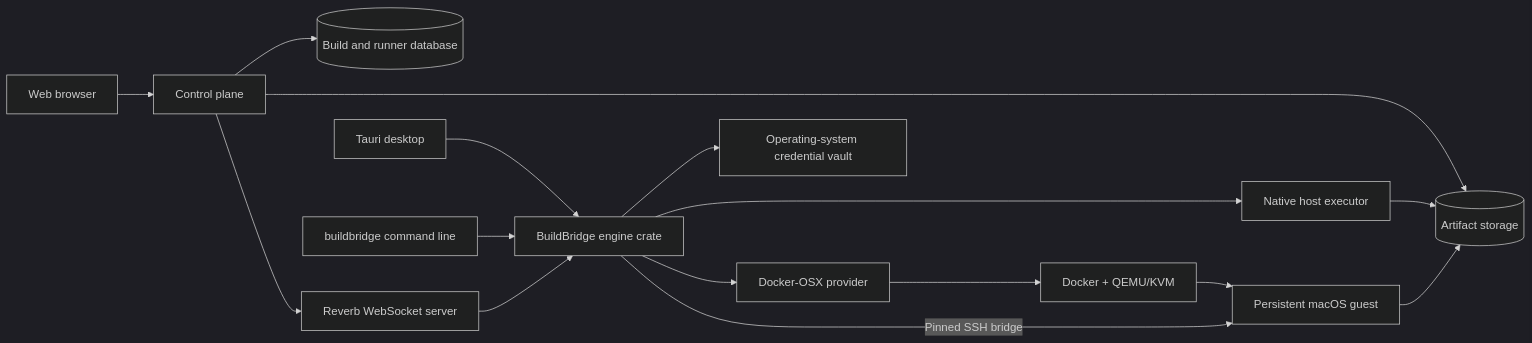
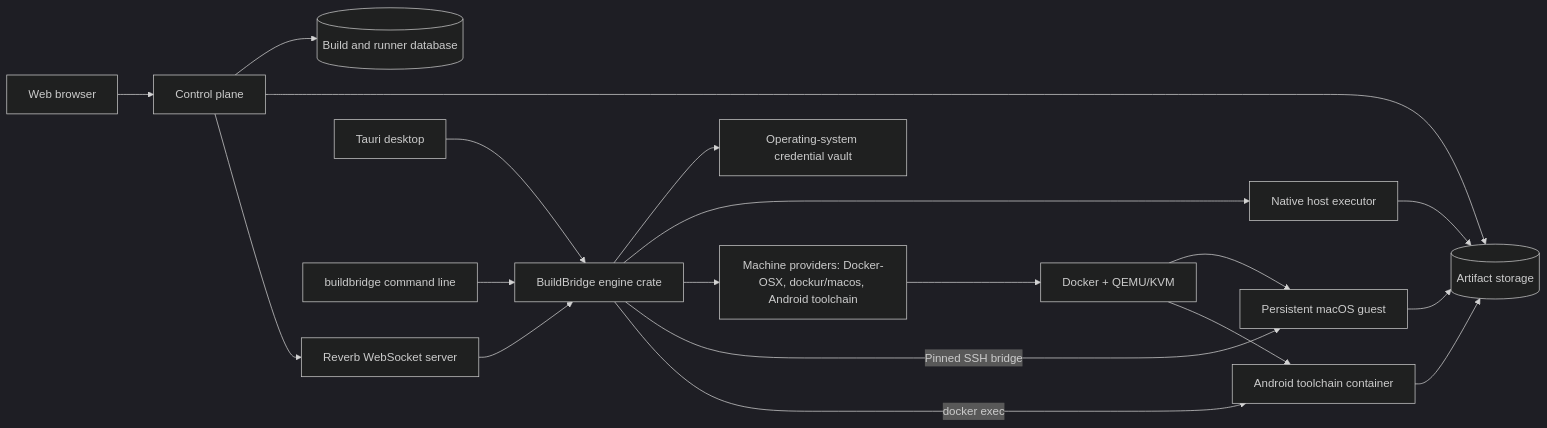
The diagram in docs/PRODUCT_AND_ARCHITECTURE.md (stackrats/buildbridge), drawn with Mermaid (dark theme) before and after one commit. The commit also changed other lines of this file and 227 other files, not shown here.

````diff
--- a/docs/PRODUCT_AND_ARCHITECTURE.md
+++ b/docs/PRODUCT_AND_ARCHITECTURE.md
@@ -78,18 +85,21 @@
 ```mermaid
 flowchart LR
     Browser[Web browser] --> Control[Control plane]
     Control --> Database[(Build and runner database)]
     Control --> Artifacts[(Artifact storage)]
     Control --> Reverb[Reverb WebSocket server]
     Reverb --> Engine[BuildBridge engine crate]
     Desktop[Tauri desktop] --> Engine
     CLI[buildbridge command line] --> Engine
     Engine --> Vault[Operating-system credential vault]
     Engine --> Native[Native host executor]
-    Engine --> Provider[Docker-OSX provider]
+    Engine --> Provider[Machine providers: Docker-OSX, dockur/macos, Android toolchain]
     Provider --> Docker[Docker + QEMU/KVM]
     Docker --> Guest[Persistent macOS guest]
+    Docker --> Toolchain[Android toolchain container]
     Engine -->|Pinned SSH bridge| Guest
+    Engine -->|docker exec| Toolchain
     Native --> Artifacts
     Guest --> Artifacts
+    Toolchain --> Artifacts
 ```
````
